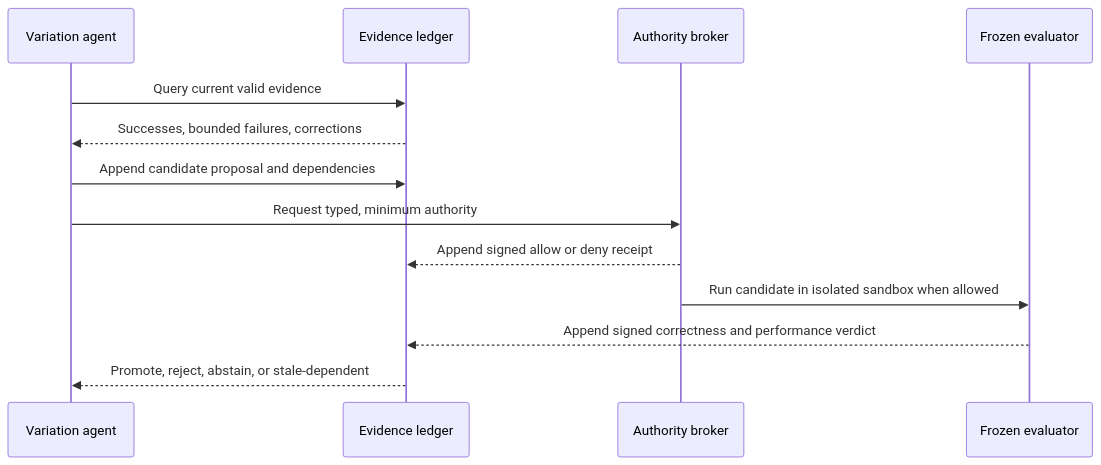
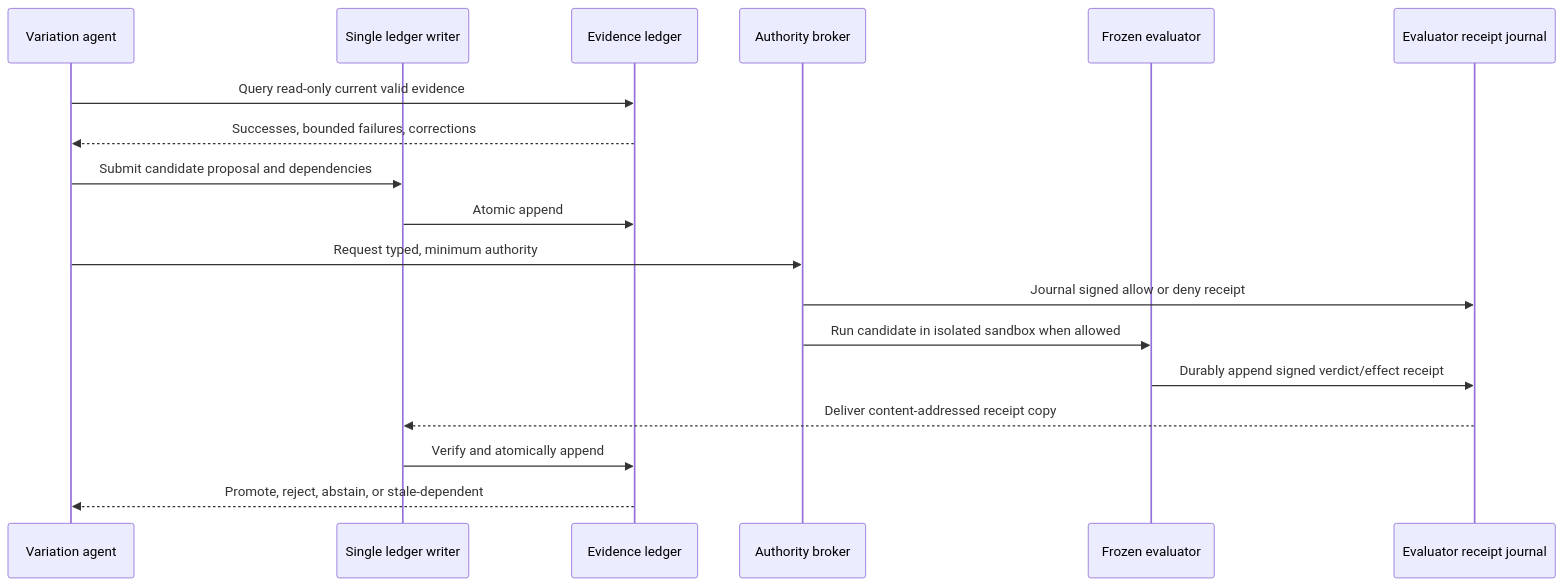
The second of 2 diagrams in docs/architecture/adr-0001-evidence-governed-variation-agent.md (mattmre/CHELATEDAI), drawn with Mermaid before and after one commit. The commit also changed other lines of this file and 1 other file, not shown here.

Commit message:
docs(research): harden evidence-governed variation protocol

````diff
--- a/docs/architecture/adr-0001-evidence-governed-variation-agent.md
+++ b/docs/architecture/adr-0001-evidence-governed-variation-agent.md
@@ -192,15 +241,20 @@
 ```mermaid
 sequenceDiagram
     participant A as Variation agent
+    participant W as Single ledger writer
     participant L as Evidence ledger
     participant B as Authority broker
     participant E as Frozen evaluator
-    A->>L: Query current valid evidence
+    participant J as Evaluator receipt journal
+    A->>L: Query read-only current valid evidence
     L-->>A: Successes, bounded failures, corrections
-    A->>L: Append candidate proposal and dependencies
+    A->>W: Submit candidate proposal and dependencies
+    W->>L: Atomic append
     A->>B: Request typed, minimum authority
-    B-->>L: Append signed allow or deny receipt
+    B->>J: Journal signed allow or deny receipt
     B->>E: Run candidate in isolated sandbox when allowed
-    E-->>L: Append signed correctness and performance verdict
+    E->>J: Durably append signed verdict/effect receipt
+    J-->>W: Deliver content-addressed receipt copy
+    W->>L: Verify and atomically append
     L-->>A: Promote, reject, abstain, or stale-dependent
 ```
````
